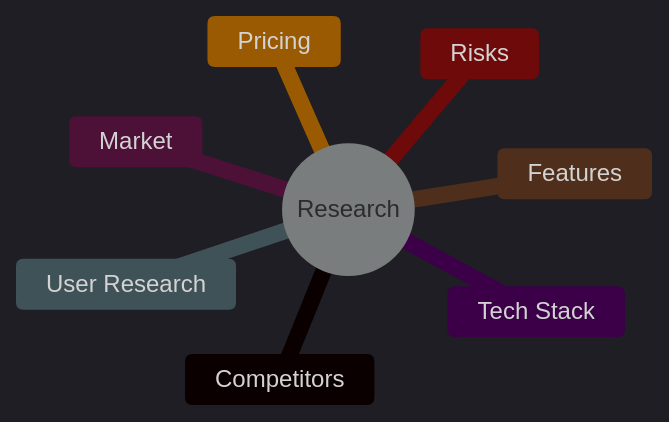
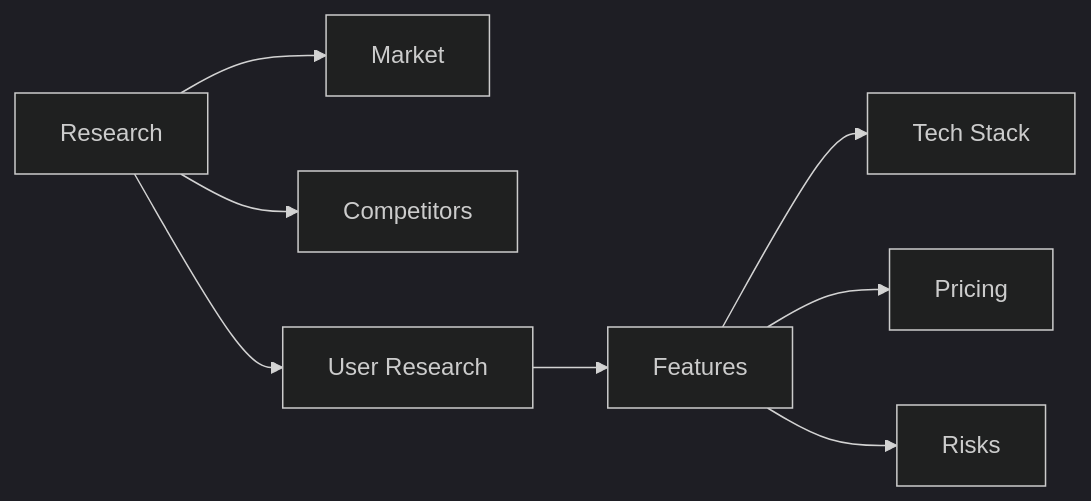
One commit to Kapil9711/dev-os changed the fourth of 11 diagrams in public/docs/howIBuild.md. Above: the diagram before and after it, drawn with Mermaid (dark theme). The commit also changed other lines of this file and 14 other files, not shown here.

````diff
--- a/public/docs/howIBuild.md
+++ b/public/docs/howIBuild.md
@@ -51,18 +64,12 @@
 ```mermaid
-mindmap
-root((Research))
+flowchart LR
 
-  Competitors
+    A[Research] --> B[Market]
+    A --> C[Competitors]
+    A --> D[User Research]
 
-  Market
-
-  User Research
-
-  Features
-
-  Risks
-
-  Tech Stack
-
-  Pricing
+    D --> E[Features]
+    E --> F[Tech Stack]
+    E --> G[Pricing]
+    E --> H[Risks]
 ```
````
